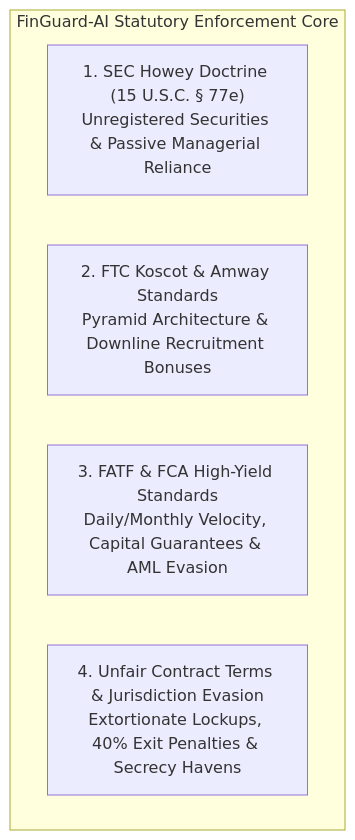
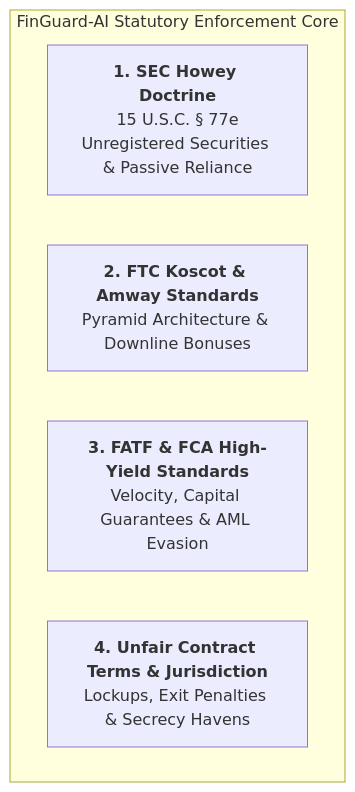
Before and after one commit to nnn14092004-cyber/finguard-ai: the first of 2 diagrams in README.md, drawn with Mermaid. The commit also changed other lines of this file and 1 other file, not shown here.

Commit message:
style(docs): optimize mermaid layout and resolve KaTeX text overflow

````diff
--- a/README.md
+++ b/README.md
@@ -27,9 +27,9 @@
 ```mermaid
 flowchart TD
     subgraph Regulatory_Pillars [FinGuard-AI Statutory Enforcement Core]
-        P1["1. SEC Howey Doctrine (15 U.S.C. § 77e)\nUnregistered Securities & Passive Managerial Reliance"]
-        P2["2. FTC Koscot & Amway Standards\nPyramid Architecture & Downline Recruitment Bonuses"]
-        P3["3. FATF & FCA High-Yield Standards\nDaily/Monthly Velocity, Capital Guarantees & AML Evasion"]
-        P4["4. Unfair Contract Terms & Jurisdiction Evasion\nExtortionate Lockups, 40% Exit Penalties & Secrecy Havens"]
+        P1["<b>1. SEC Howey Doctrine</b><br/>15 U.S.C. § 77e<br/>Unregistered Securities & Passive Reliance"]
+        P2["<b>2. FTC Koscot & Amway Standards</b><br/>Pyramid Architecture & Downline Bonuses"]
+        P3["<b>3. FATF & FCA High-Yield Standards</b><br/>Velocity, Capital Guarantees & AML Evasion"]
+        P4["<b>4. Unfair Contract Terms & Jurisdiction</b><br/>Lockups, Exit Penalties & Secrecy Havens"]
     end
 ```
````
